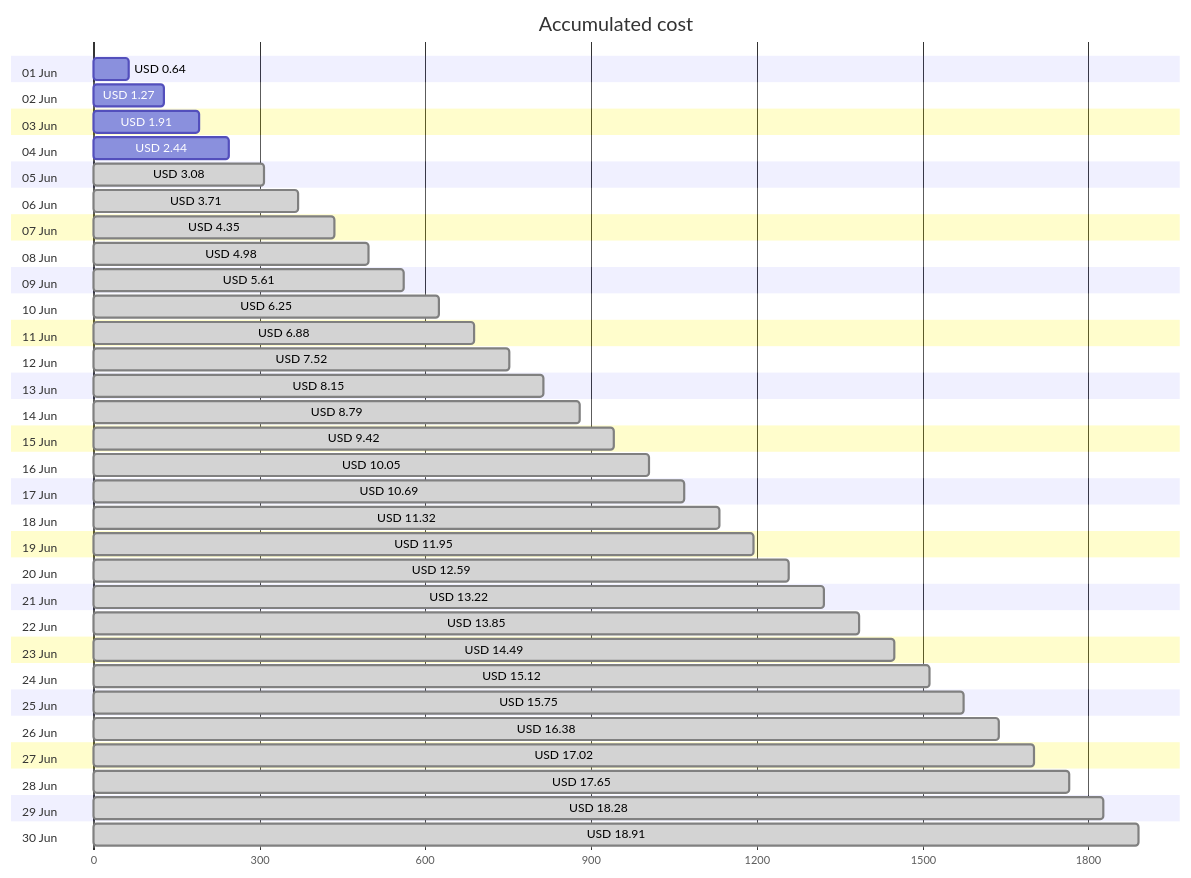
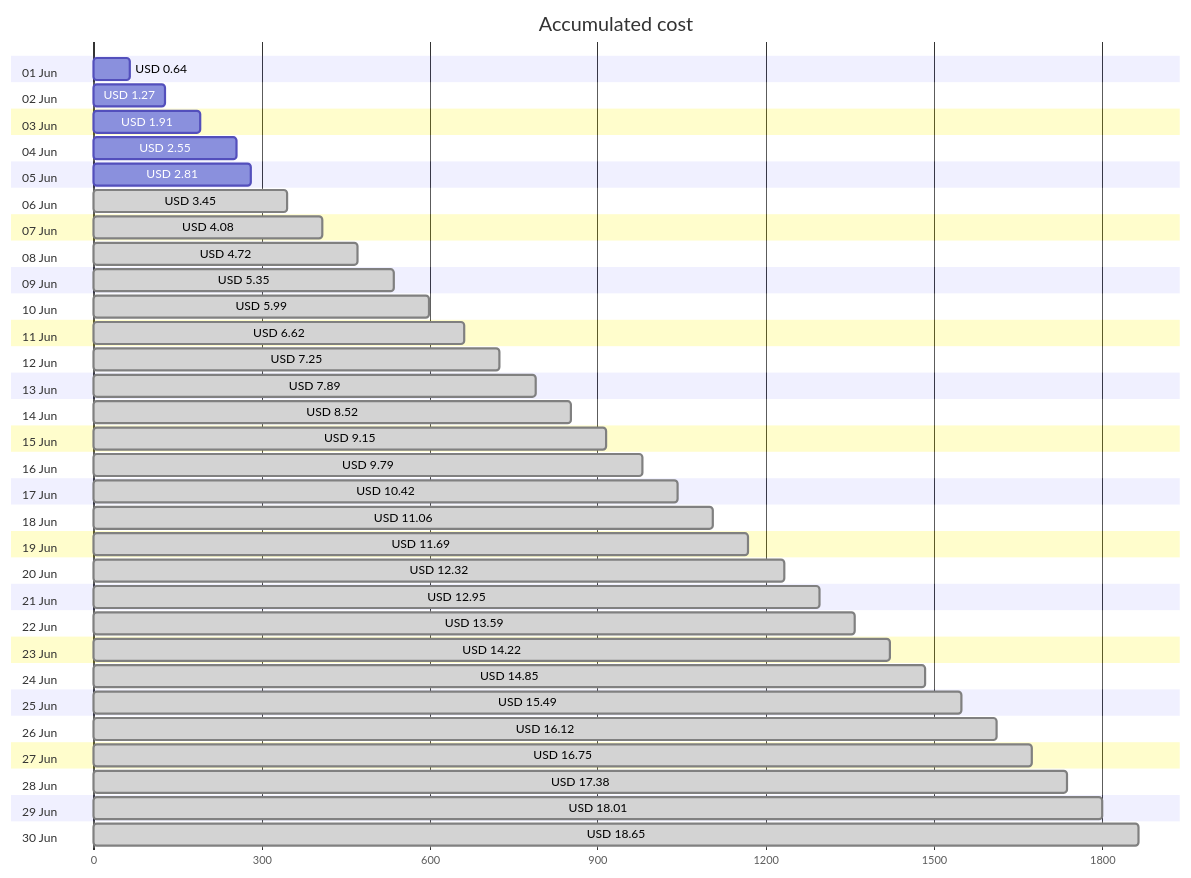
The first of 4 diagrams in cost-reports/accumulated-cost.md (jpfulton/azure-personal-reports), drawn with Mermaid before and after one commit. The commit also changed other lines of this file and 4 other files, not shown here.

````diff
--- a/cost-reports/accumulated-cost.md
+++ b/cost-reports/accumulated-cost.md
@@ -20,66 +20,66 @@
 ```mermaid
 gantt
    title Accumulated cost
    dateFormat  X
    axisFormat %s
    section 01 Jun
    USD 0.64 :0, 64
    section 02 Jun
    USD 1.27 :0, 127
    section 03 Jun
    USD 1.91 :0, 191
    section 04 Jun
-   USD 2.44 :0, 244
+   USD 2.55 :0, 255
    section 05 Jun
-   USD 3.08 : done, 0, 308
+   USD 2.81 :0, 281
    section 06 Jun
-   USD 3.71 : done, 0, 371
+   USD 3.45 : done, 0, 345
    section 07 Jun
-   USD 4.35 : done, 0, 435
+   USD 4.08 : done, 0, 408
    section 08 Jun
-   USD 4.98 : done, 0, 498
+   USD 4.72 : done, 0, 472
    section 09 Jun
-   USD 5.61 : done, 0, 561
+   USD 5.35 : done, 0, 535
    section 10 Jun
-   USD 6.25 : done, 0, 625
+   USD 5.99 : done, 0, 599
    section 11 Jun
-   USD 6.88 : done, 0, 688
+   USD 6.62 : done, 0, 662
    section 12 Jun
-   USD 7.52 : done, 0, 752
+   USD 7.25 : done, 0, 725
    section 13 Jun
-   USD 8.15 : done, 0, 815
+   USD 7.89 : done, 0, 789
    section 14 Jun
-   USD 8.79 : done, 0, 879
+   USD 8.52 : done, 0, 852
    section 15 Jun
-   USD 9.42 : done, 0, 942
+   USD 9.15 : done, 0, 915
    section 16 Jun
-   USD 10.05 : done, 0, 1005
+   USD 9.79 : done, 0, 979
    section 17 Jun
-   USD 10.69 : done, 0, 1069
+   USD 10.42 : done, 0, 1042
    section 18 Jun
-   USD 11.32 : done, 0, 1132
+   USD 11.06 : done, 0, 1106
    section 19 Jun
-   USD 11.95 : done, 0, 1195
+   USD 11.69 : done, 0, 1169
    section 20 Jun
-   USD 12.59 : done, 0, 1259
+   USD 12.32 : done, 0, 1232
    section 21 Jun
-   USD 13.22 : done, 0, 1322
+   USD 12.95 : done, 0, 1295
    section 22 Jun
-   USD 13.85 : done, 0, 1385
+   USD 13.59 : done, 0, 1359
    section 23 Jun
-   USD 14.49 : done, 0, 1449
+   USD 14.22 : done, 0, 1422
    section 24 Jun
-   USD 15.12 : done, 0, 1512
+   USD 14.85 : done, 0, 1485
    section 25 Jun
-   USD 15.75 : done, 0, 1575
+   USD 15.49 : done, 0, 1549
    section 26 Jun
-   USD 16.38 : done, 0, 1638
+   USD 16.12 : done, 0, 1612
    section 27 Jun
-   USD 17.02 : done, 0, 1702
+   USD 16.75 : done, 0, 1675
    section 28 Jun
-   USD 17.65 : done, 0, 1765
+   USD 17.38 : done, 0, 1738
    section 29 Jun
-   USD 18.28 : done, 0, 1828
+   USD 18.01 : done, 0, 1801
    section 30 Jun
-   USD 18.91 : done, 0, 1891
+   USD 18.65 : done, 0, 1865
 ```
````
